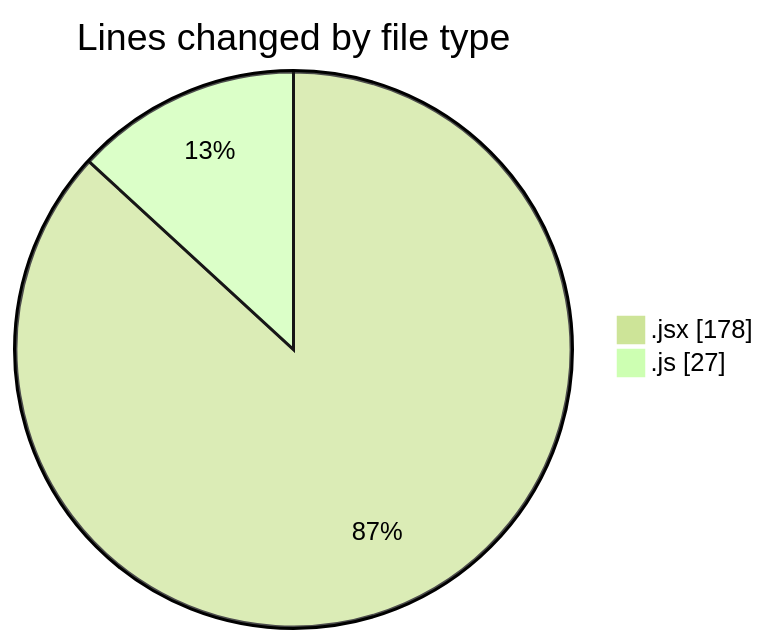
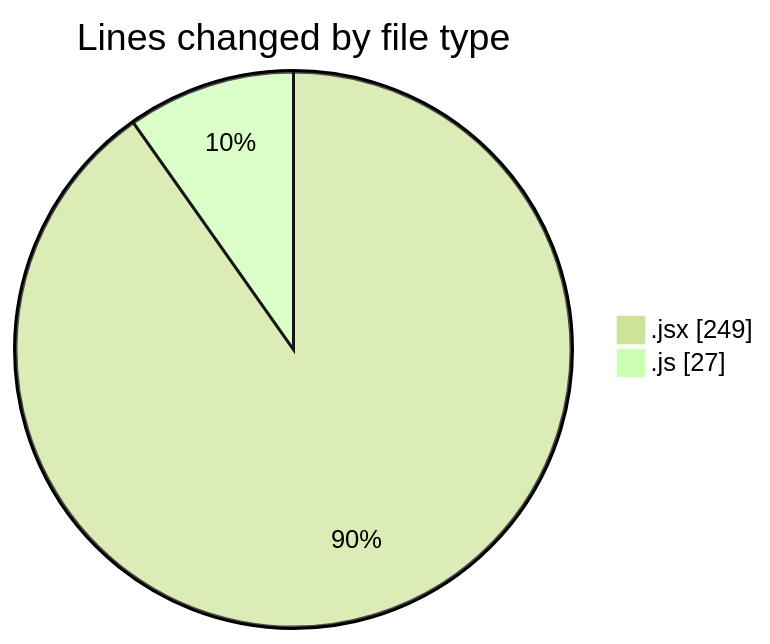
One commit to nxtqubesakshisongat/code-tracking changed the first of 2 diagrams in 2025-05-16/argos-dev/README.md. Above: the diagram before and after it, drawn with Mermaid (forest theme). The commit also changed other lines of this file and 1 other file, not shown here.

````diff
--- a/2025-05-16/argos-dev/README.md
+++ b/2025-05-16/argos-dev/README.md
@@ -21,6 +21,6 @@
 ```mermaid
 pie showData
 title Lines changed by file type
-".jsx" : 178
+".jsx" : 249
 ".js" : 27
 ```
````
